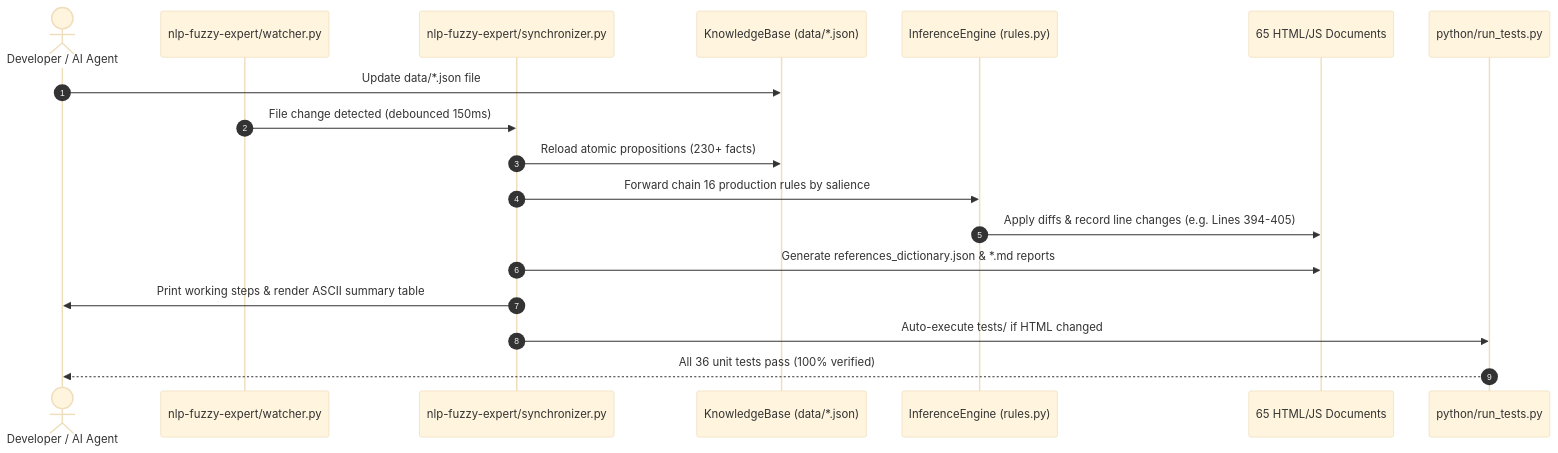
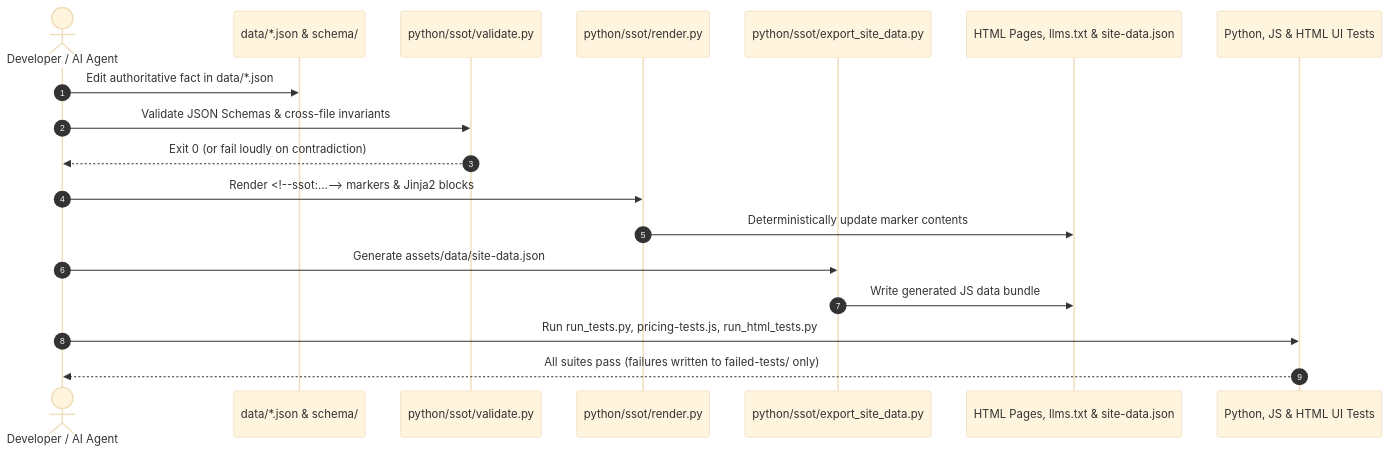
The third of 3 diagrams in TECH-STACK.md (thomascherickal/thomascherickal.github.io), drawn with Mermaid (base theme) before and after one commit. The commit also changed other lines of this file and 143 other files, not shown here.

Commit message:
SSOT Sync system finished

````diff
--- a/TECH-STACK.md
+++ b/TECH-STACK.md
@@ -185,21 +191,21 @@
 ```mermaid
 sequenceDiagram
   autonumber
   actor Dev as Developer / AI Agent
-  participant Watcher as nlp-fuzzy-expert/watcher.py
-  participant Sync as nlp-fuzzy-expert/synchronizer.py
-  participant KB as KnowledgeBase (data/*.json)
-  participant Inference as InferenceEngine (rules.py)
-  participant Targets as 65 HTML/JS Documents
-  participant TestRunner as python/run_tests.py
+  participant Data as data/*.json & schema/
+  participant Validate as python/ssot/validate.py
+  participant Render as python/ssot/render.py
+  participant Export as python/ssot/export_site_data.py
+  participant Targets as HTML Pages, llms.txt & site-data.json
+  participant Tests as Python, JS & HTML UI Tests
 
-  Dev->>KB: Update data/*.json file
-  Watcher->>Sync: File change detected (debounced 150ms)
-  Sync->>KB: Reload atomic propositions (230+ facts)
-  Sync->>Inference: Forward chain 16 production rules by salience
-  Inference->>Targets: Apply diffs & record line changes (e.g. Lines 394-405)
-  Sync->>Targets: Generate references_dictionary.json & *.md reports
-  Sync->>Dev: Print working steps & render ASCII summary table
-  Sync->>TestRunner: Auto-execute tests/ if HTML changed
-  TestRunner-->>Dev: All 36 unit tests pass (100% verified)
+  Dev->>Data: Edit authoritative fact in data/*.json
+  Dev->>Validate: Validate JSON Schemas & cross-file invariants
+  Validate-->>Dev: Exit 0 (or fail loudly on contradiction)
+  Dev->>Render: Render <!--ssot:...--> markers & Jinja2 blocks
+  Render->>Targets: Deterministically update marker contents
+  Dev->>Export: Generate assets/data/site-data.json
+  Export->>Targets: Write generated JS data bundle
+  Dev->>Tests: Run run_tests.py, pricing-tests.js, run_html_tests.py
+  Tests-->>Dev: All suites pass (failures written to failed-tests/ only)
 ```
````
